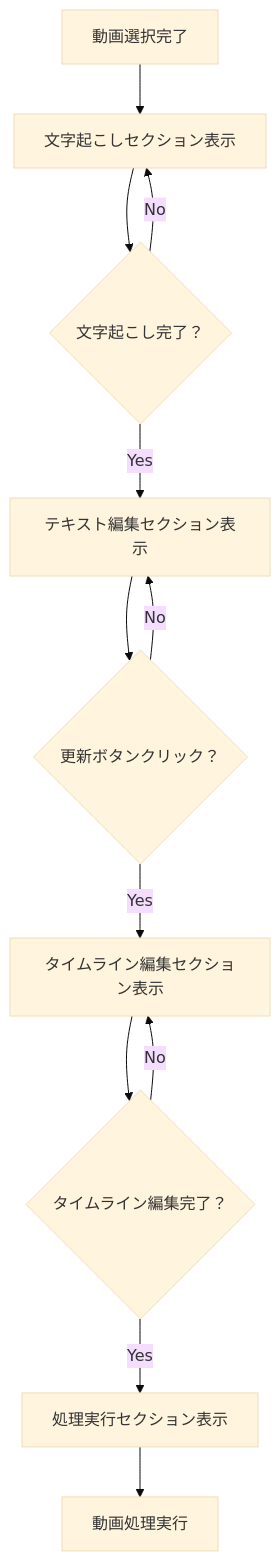
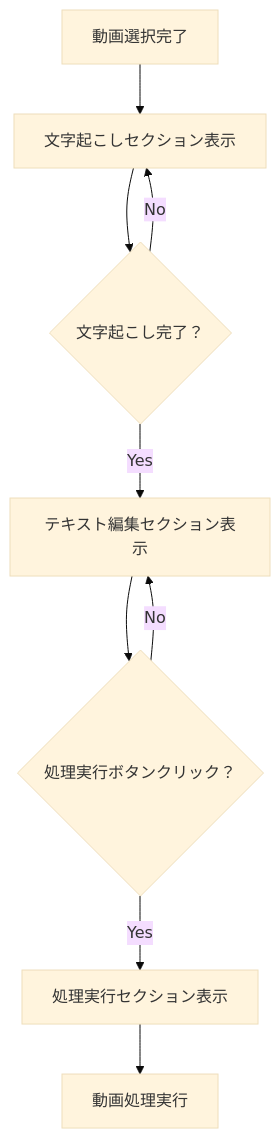
One commit to Coidemo/TextffCut changed the tenth of 27 diagrams in docs/basic_design_specification_v2.md. Above: the diagram before and after it, drawn with Mermaid (base theme). The commit also changed other lines of this file and 1 other file, not shown here.

````diff
--- a/docs/basic_design_specification_v2.md
+++ b/docs/basic_design_specification_v2.md
@@ -357,17 +345,13 @@
 ```mermaid
 flowchart TD
     A[動画選択完了] --> B[文字起こしセクション表示]
     B --> C{文字起こし完了？}
     C -->|Yes| D[テキスト編集セクション表示]
     C -->|No| B
     
-    D --> E{更新ボタンクリック？}
-    E -->|Yes| F[タイムライン編集セクション表示]
+    D --> E{処理実行ボタンクリック？}
+    E -->|Yes| H[処理実行セクション表示]
     E -->|No| D
-    
-    F --> G{タイムライン編集完了？}
-    G -->|Yes| H[処理実行セクション表示]
-    G -->|No| F
     
     H --> I[動画処理実行]
 ```
````
